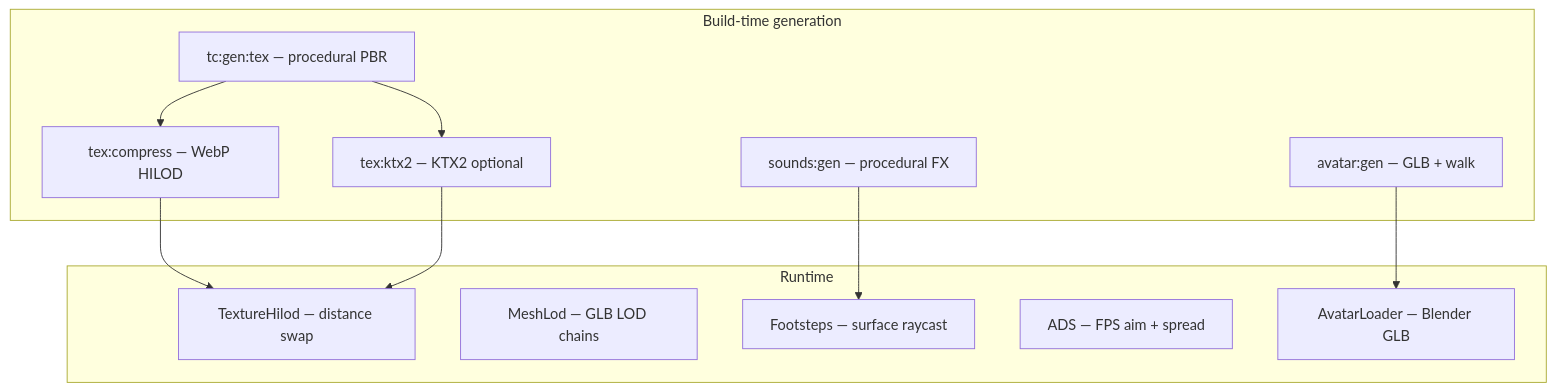
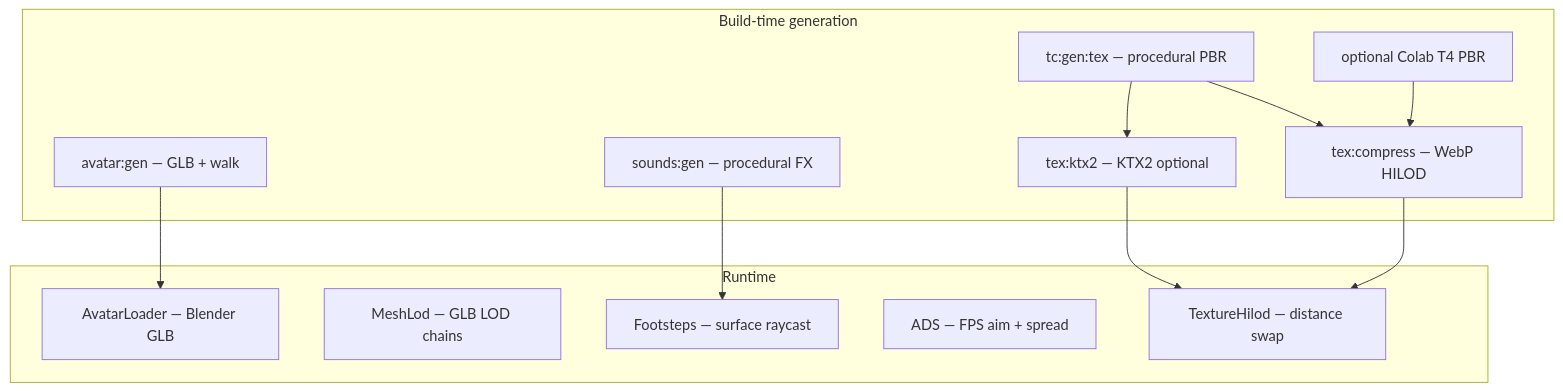
Before and after one commit to medicinalsheep/threshold: the diagram in docs/ASSET_CAPABILITIES.md, drawn with Mermaid. The commit also changed other lines of this file and 273 other files, not shown here.

````diff
--- a/docs/ASSET_CAPABILITIES.md
+++ b/docs/ASSET_CAPABILITIES.md
@@ -11,21 +11,23 @@
 ```mermaid
 flowchart TB
     subgraph gen [Build-time generation]
         TEX[tc:gen:tex — procedural PBR]
+        COLAB[optional Colab T4 PBR]
         AV[avatar:gen — GLB + walk]
         SFX[sounds:gen — procedural FX]
         WEBP[tex:compress — WebP HILOD]
         KTX[tex:ktx2 — KTX2 optional]
     end
     subgraph runtime [Runtime]
         HILOD[TextureHilod — distance swap]
         MLOD[MeshLod — GLB LOD chains]
         FB[Footsteps — surface raycast]
         ADS[ADS — FPS aim + spread]
         AVL[AvatarLoader — Blender GLB]
     end
     TEX --> WEBP --> HILOD
+    COLAB --> WEBP
     TEX --> KTX --> HILOD
     AV --> AVL
     SFX --> FB
 ```
````
